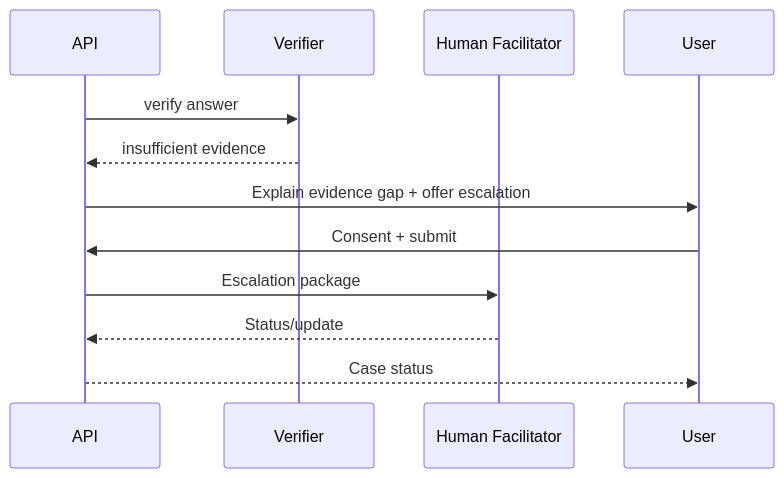
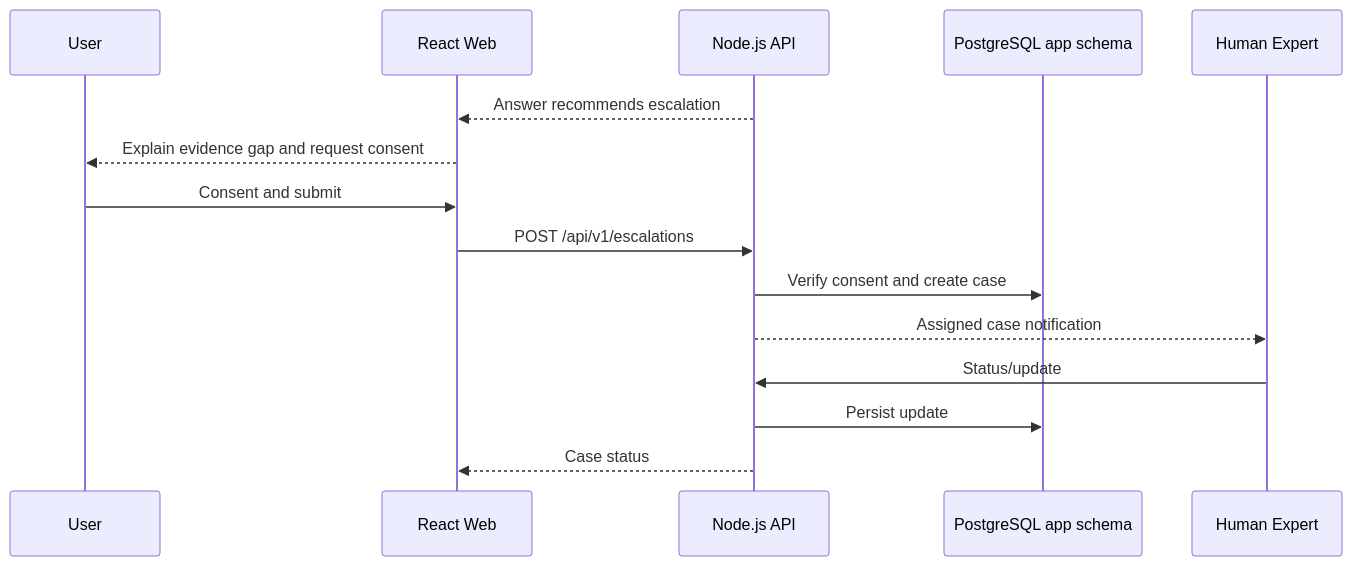
One commit to aaryashah1010/Sih_rag changed the ninth of 9 diagrams in docs/27-SEQUENCE-DIAGRAMS.md. Above: the diagram before and after it, drawn with Mermaid. The commit also changed other lines of this file and 12 other files, not shown here.

````diff
--- a/docs/27-SEQUENCE-DIAGRAMS.md
+++ b/docs/27-SEQUENCE-DIAGRAMS.md
@@ -127,15 +182,18 @@
 ```mermaid
 sequenceDiagram
-    participant A as API
-    participant V as Verifier
-    participant H as Human Facilitator
     participant U as User
+    participant W as React Web
+    participant N as Node.js API
+    participant DB as PostgreSQL app schema
+    participant H as Human Expert
 
-    A->>V: verify answer
-    V-->>A: insufficient evidence
-    A->>U: Explain evidence gap + offer escalation
-    U->>A: Consent + submit
-    A->>H: Escalation package
-    H-->>A: Status/update
-    A-->>U: Case status
+    N-->>W: Answer recommends escalation
+    W-->>U: Explain evidence gap and request consent
+    U->>W: Consent and submit
+    W->>N: POST /api/v1/escalations
+    N->>DB: Verify consent and create case
+    N-->>H: Assigned case notification
+    H->>N: Status/update
+    N->>DB: Persist update
+    N-->>W: Case status
 ```
````
